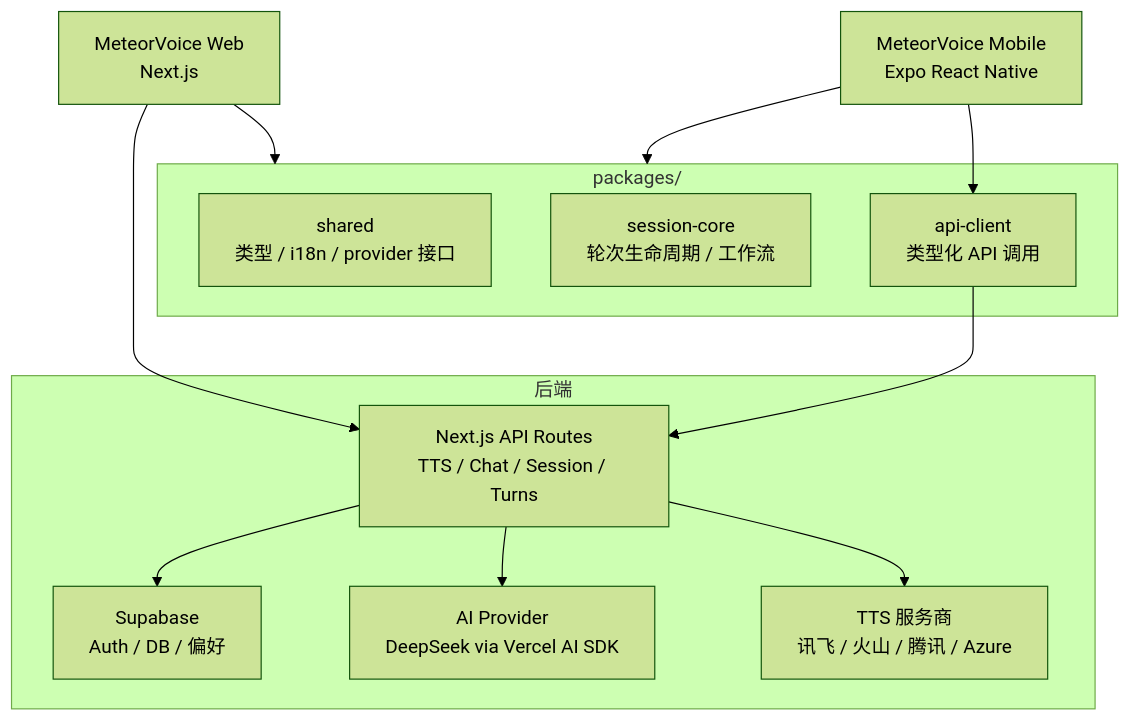
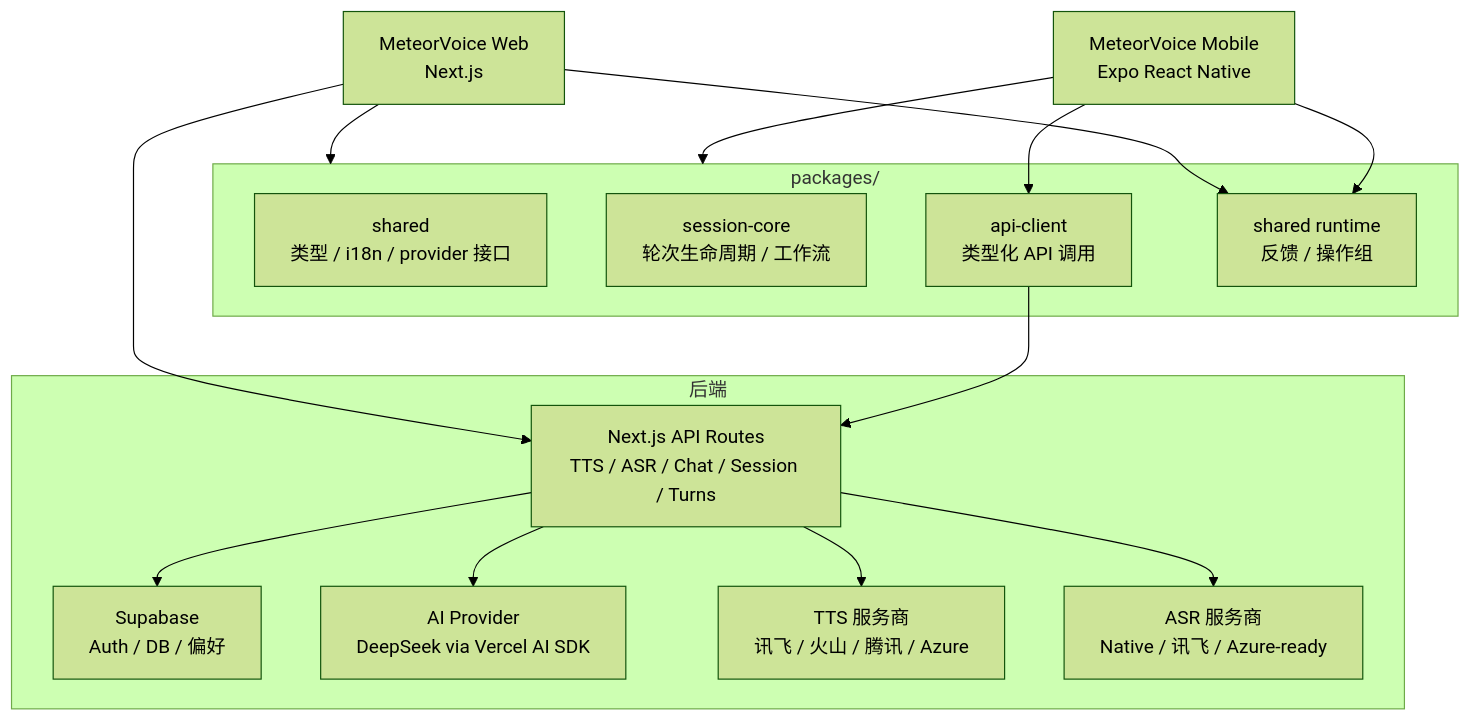
One commit to JunchenMeteor/MeteorVoice changed the second of 3 diagrams in README.zh-CN.md. Above: the diagram before and after it, drawn with Mermaid (forest theme). The commit also changed other lines of this file and 14 other files, not shown here.

````diff
--- a/README.zh-CN.md
+++ b/README.zh-CN.md
@@ -82,27 +86,32 @@
 ```mermaid
 flowchart TB
     Web[MeteorVoice Web<br/>Next.js]
     Mobile[MeteorVoice Mobile<br/>Expo React Native]
 
     subgraph Platform[后端]
-        API[Next.js API Routes<br/>TTS / Chat / Session / Turns]
+        API[Next.js API Routes<br/>TTS / ASR / Chat / Session / Turns]
         Supabase[Supabase<br/>Auth / DB / 偏好]
         AI[AI Provider<br/>DeepSeek via Vercel AI SDK]
         TTS[TTS 服务商<br/>讯飞 / 火山 / 腾讯 / Azure]
+        ASR[ASR 服务商<br/>Native / 讯飞 / Azure-ready]
     end
 
     subgraph Shared[packages/]
         SharedPkg[shared<br/>类型 / i18n / provider 接口]
         SessionCore[session-core<br/>轮次生命周期 / 工作流]
         APIClient[api-client<br/>类型化 API 调用]
+        Runtime[shared runtime<br/>反馈 / 操作组]
     end
 
     Web --> API
     Mobile --> APIClient
     APIClient --> API
     API --> Supabase
     API --> AI
     API --> TTS
+    API --> ASR
     Web --> Shared
     Mobile --> Shared
+    Web --> Runtime
+    Mobile --> Runtime
 ```
````
